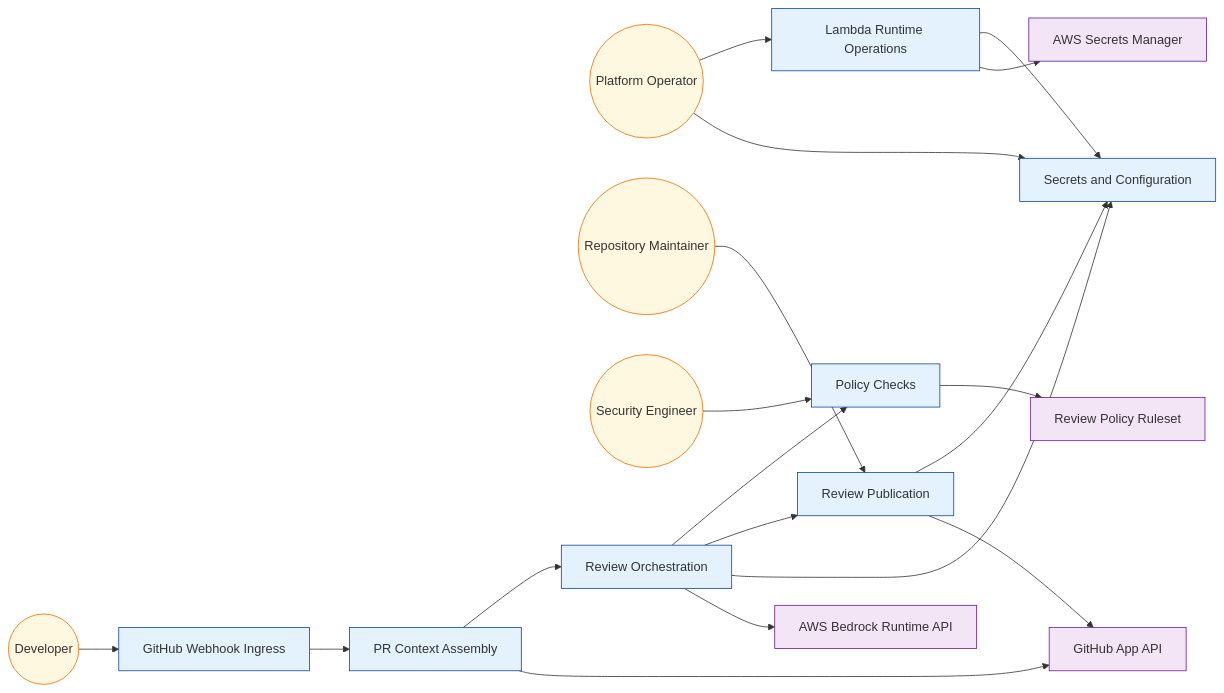
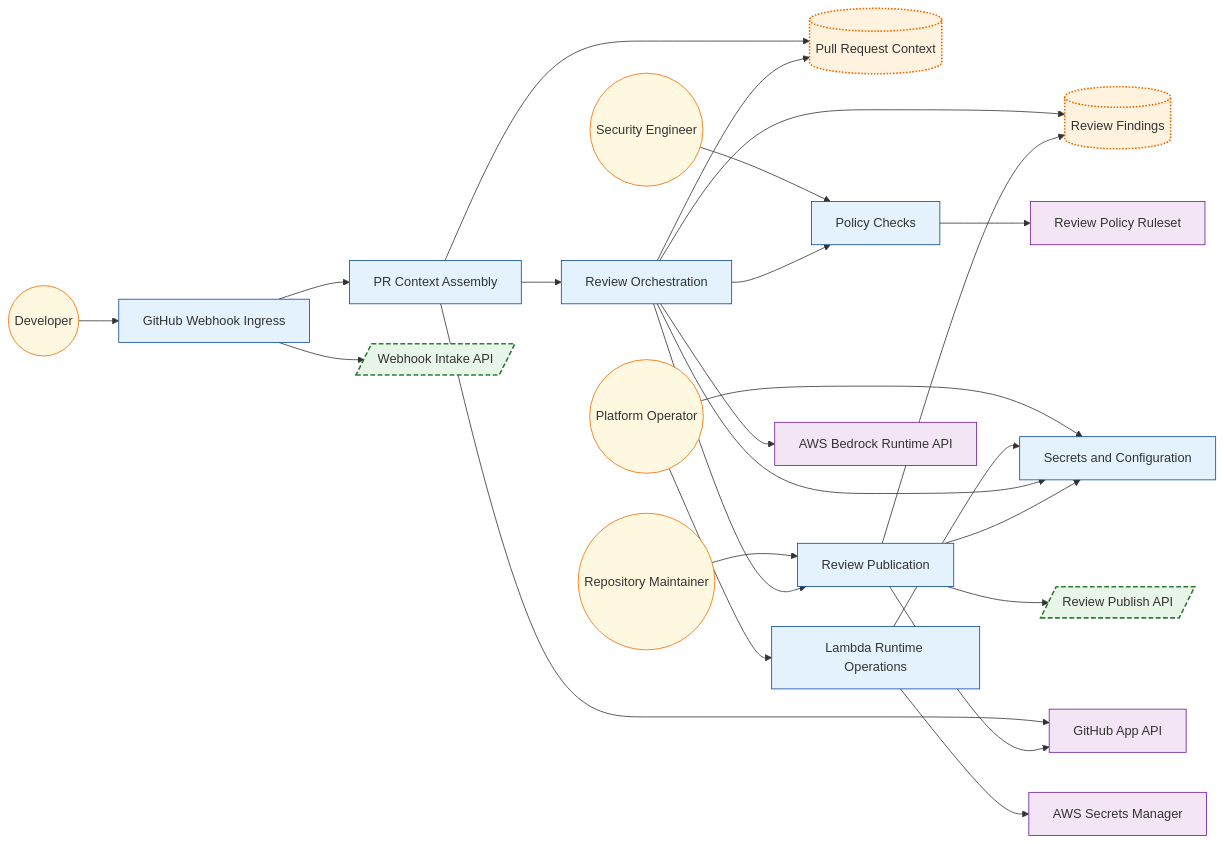
Before and after one commit to labeth/engineering-model-go: the diagram in examples/bedrock-pr-review-github-app-sample/generated/VIEW-COMMUNICATION.mmd, drawn with Mermaid. The commit also changed 66 other files, not shown here.

```diff
--- a/examples/bedrock-pr-review-github-app-sample/generated/VIEW-COMMUNICATION.mmd
+++ b/examples/bedrock-pr-review-github-app-sample/generated/VIEW-COMMUNICATION.mmd
@@ -1,49 +1,59 @@
 flowchart LR
 %% view: VIEW-COMMUNICATION (communication)
 N_ACT_DEVELOPER(("Developer")):::actor
 N_ACT_PLATFORM_OPERATOR(("Platform Operator")):::actor
 N_ACT_REPOSITORY_MAINTAINER(("Repository Maintainer")):::actor
 N_ACT_SECURITY_ENGINEER(("Security Engineer")):::actor
+N_DO_BEDROCK_PR_CONTEXT[("Pull Request Context")]:::data_object
+N_DO_BEDROCK_REVIEW_FINDINGS[("Review Findings")]:::data_object
 N_FU_GITHUB_WEBHOOK_INGRESS["GitHub Webhook Ingress"]:::functional_unit
 N_FU_LAMBDA_RUNTIME_OPERATIONS["Lambda Runtime Operations"]:::functional_unit
 N_FU_POLICY_CHECKS["Policy Checks"]:::functional_unit
 N_FU_PR_CONTEXT_ASSEMBLY["PR Context Assembly"]:::functional_unit
 N_FU_REVIEW_ORCHESTRATION["Review Orchestration"]:::functional_unit
 N_FU_REVIEW_PUBLICATION["Review Publication"]:::functional_unit
 N_FU_SECRETS_CONFIGURATION["Secrets and Configuration"]:::functional_unit
+N_IF_BEDROCK_REVIEW_PUBLISH_API[/"Review Publish API"/]:::interface
+N_IF_BEDROCK_WEBHOOK_API[/"Webhook Intake API"/]:::interface
 N_REF_AWS_BEDROCK_RUNTIME["AWS Bedrock Runtime API"]:::referenced_element
 N_REF_AWS_SECRETS_MANAGER["AWS Secrets Manager"]:::referenced_element
 N_REF_GITHUB_APP_API["GitHub App API"]:::referenced_element
 N_REF_POLICY_RULESET["Review Policy Ruleset"]:::referenced_element
 N_ACT_DEVELOPER --> N_FU_GITHUB_WEBHOOK_INGRESS
 N_ACT_PLATFORM_OPERATOR --> N_FU_LAMBDA_RUNTIME_OPERATIONS
 N_ACT_PLATFORM_OPERATOR --> N_FU_SECRETS_CONFIGURATION
 N_ACT_REPOSITORY_MAINTAINER --> N_FU_REVIEW_PUBLICATION
 N_ACT_SECURITY_ENGINEER --> N_FU_POLICY_CHECKS
 N_FU_GITHUB_WEBHOOK_INGRESS --> N_FU_PR_CONTEXT_ASSEMBLY
+N_FU_GITHUB_WEBHOOK_INGRESS --> N_IF_BEDROCK_WEBHOOK_API
 N_FU_LAMBDA_RUNTIME_OPERATIONS --> N_FU_SECRETS_CONFIGURATION
 N_FU_LAMBDA_RUNTIME_OPERATIONS --> N_REF_AWS_SECRETS_MANAGER
 N_FU_POLICY_CHECKS --> N_REF_POLICY_RULESET
+N_FU_PR_CONTEXT_ASSEMBLY --> N_DO_BEDROCK_PR_CONTEXT
 N_FU_PR_CONTEXT_ASSEMBLY --> N_FU_REVIEW_ORCHESTRATION
 N_FU_PR_CONTEXT_ASSEMBLY --> N_REF_GITHUB_APP_API
+N_FU_REVIEW_ORCHESTRATION --> N_DO_BEDROCK_PR_CONTEXT
+N_FU_REVIEW_ORCHESTRATION --> N_DO_BEDROCK_REVIEW_FINDINGS
 N_FU_REVIEW_ORCHESTRATION --> N_FU_POLICY_CHECKS
 N_FU_REVIEW_ORCHESTRATION --> N_FU_REVIEW_PUBLICATION
 N_FU_REVIEW_ORCHESTRATION --> N_FU_SECRETS_CONFIGURATION
 N_FU_REVIEW_ORCHESTRATION --> N_REF_AWS_BEDROCK_RUNTIME
+N_FU_REVIEW_PUBLICATION --> N_DO_BEDROCK_REVIEW_FINDINGS
 N_FU_REVIEW_PUBLICATION --> N_FU_SECRETS_CONFIGURATION
+N_FU_REVIEW_PUBLICATION --> N_IF_BEDROCK_REVIEW_PUBLISH_API
 N_FU_REVIEW_PUBLICATION --> N_REF_GITHUB_APP_API
 classDef functional_group fill:#e8f5e9,stroke:#1b5e20,stroke-width:1px;
 classDef functional_unit fill:#e3f2fd,stroke:#0d47a1,stroke-width:1px;
 classDef actor fill:#fff8e1,stroke:#ef6c00,stroke-width:1px;
 classDef attack_vector fill:#ffebee,stroke:#b71c1c,stroke-width:1px;
 classDef referenced_element fill:#f3e5f5,stroke:#6a1b9a,stroke-width:1px;
-classDef interface fill:#e8f5e9,stroke:#2e7d32,stroke-width:1px;
-classDef data_object fill:#fff3e0,stroke:#ef6c00,stroke-width:1px;
+classDef interface fill:#e8f5e9,stroke:#2e7d32,stroke-width:2px,stroke-dasharray: 6 3;
+classDef data_object fill:#fff3e0,stroke:#ef6c00,stroke-width:2px,stroke-dasharray: 2 2;
 classDef deployment_target fill:#ede7f6,stroke:#5e35b1,stroke-width:1px;
 classDef control fill:#fce4ec,stroke:#ad1457,stroke-width:1px;
-classDef trust_boundary fill:#e0f7fa,stroke:#006064,stroke-width:1px;
+classDef trust_boundary fill:#e0f7fa,stroke:#006064,stroke-width:2px,stroke-dasharray: 10 4;
 classDef state fill:#e1f5fe,stroke:#0277bd,stroke-width:1px;
 classDef event fill:#fffde7,stroke:#f9a825,stroke-width:1px;
-classDef flow fill:#ede7f6,stroke:#4527a0,stroke-width:1px;
-classDef flow_step fill:#f1f8e9,stroke:#33691e,stroke-width:1px;
+classDef flow fill:#ede7f6,stroke:#4527a0,stroke-width:2px;
+classDef flow_step fill:#f1f8e9,stroke:#33691e,stroke-width:2px;
 classDef unknown fill:#ffffff,stroke:#adb5bd,stroke-width:1px;
```
